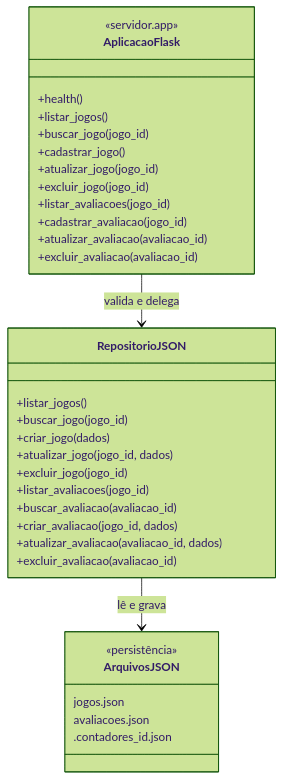
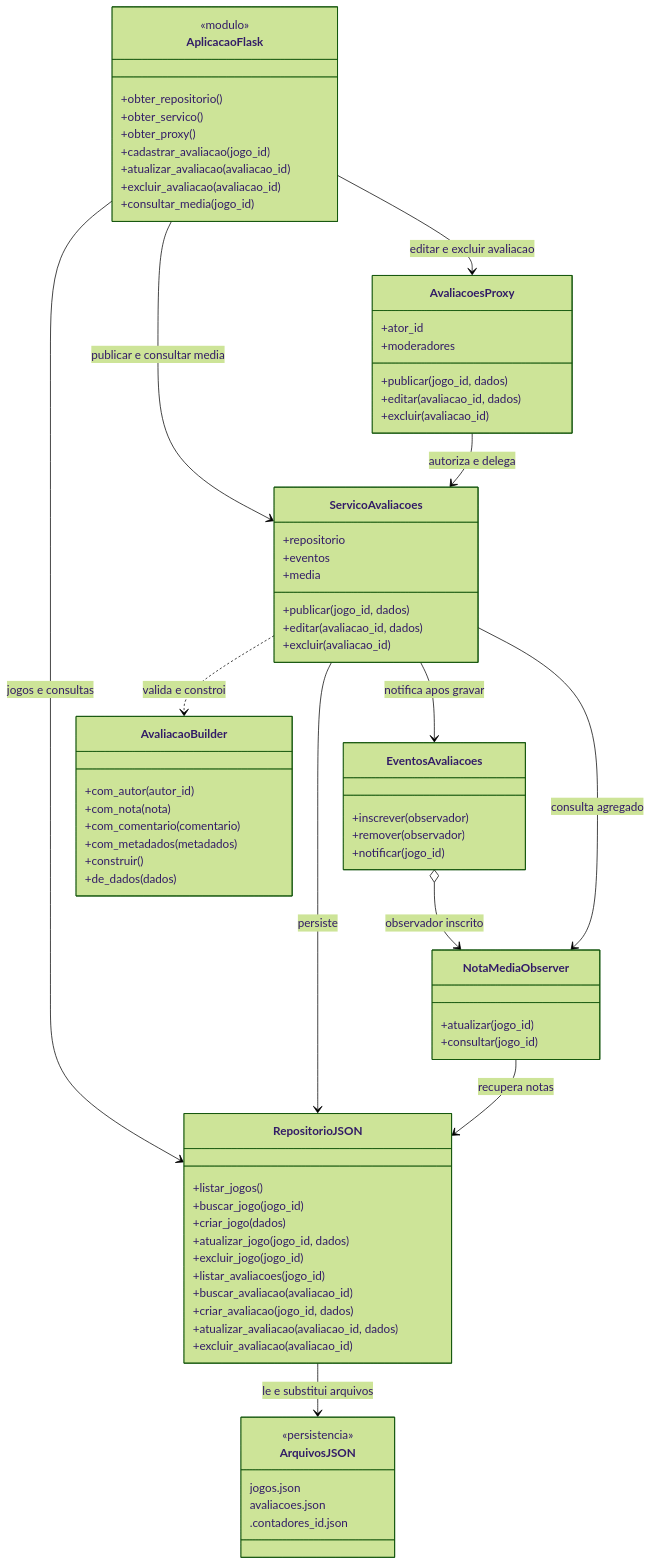
One commit to GaabrielLr415/Gerenciador-de-Avalia-es-de-Jogos changed the first of 2 diagrams in documentacao/arquitetura-e-padroes.md. Above: the diagram before and after it, drawn with Mermaid (forest theme). The commit also changed other lines of this file and 15 other files, not shown here.

````diff
--- a/documentacao/arquitetura-e-padroes.md
+++ b/documentacao/arquitetura-e-padroes.md
@@ -21,36 +28,74 @@
 ```mermaid
 classDiagram
     class AplicacaoFlask {
-        <<servidor.app>>
-        +health()
-        +listar_jogos()
-        +buscar_jogo(jogo_id)
-        +cadastrar_jogo()
-        +atualizar_jogo(jogo_id)
-        +excluir_jogo(jogo_id)
-        +listar_avaliacoes(jogo_id)
+        <<modulo>>
+        +obter_repositorio()
+        +obter_servico()
+        +obter_proxy()
         +cadastrar_avaliacao(jogo_id)
         +atualizar_avaliacao(avaliacao_id)
         +excluir_avaliacao(avaliacao_id)
+        +consultar_media(jogo_id)
+    }
+    class AvaliacaoBuilder {
+        +com_autor(autor_id)
+        +com_nota(nota)
+        +com_comentario(comentario)
+        +com_metadados(metadados)
+        +construir()
+        +de_dados(dados)
+    }
+    class AvaliacoesProxy {
+        +ator_id
+        +moderadores
+        +publicar(jogo_id, dados)
+        +editar(avaliacao_id, dados)
+        +excluir(avaliacao_id)
+    }
+    class ServicoAvaliacoes {
+        +repositorio
+        +eventos
+        +media
+        +publicar(jogo_id, dados)
+        +editar(avaliacao_id, dados)
+        +excluir(avaliacao_id)
+    }
+    class EventosAvaliacoes {
+        +inscrever(observador)
+        +remover(observador)
+        +notificar(jogo_id)
+    }
+    class NotaMediaObserver {
+        +atualizar(jogo_id)
+        +consultar(jogo_id)
     }
     class RepositorioJSON {
         +listar_jogos()
         +buscar_jogo(jogo_id)
         +criar_jogo(dados)
         +atualizar_jogo(jogo_id, dados)
         +excluir_jogo(jogo_id)
         +listar_avaliacoes(jogo_id)
         +buscar_avaliacao(avaliacao_id)
         +criar_avaliacao(jogo_id, dados)
         +atualizar_avaliacao(avaliacao_id, dados)
         +excluir_avaliacao(avaliacao_id)
     }
     class ArquivosJSON {
-        <<persistência>>
+        <<persistencia>>
         jogos.json
         avaliacoes.json
         .contadores_id.json
     }
-    AplicacaoFlask --> RepositorioJSON : valida e delega
-    RepositorioJSON --> ArquivosJSON : lê e grava
+    AplicacaoFlask --> RepositorioJSON : jogos e consultas
+    AplicacaoFlask --> ServicoAvaliacoes : publicar e consultar media
+    AplicacaoFlask --> AvaliacoesProxy : editar e excluir avaliacao
+    AvaliacoesProxy --> ServicoAvaliacoes : autoriza e delega
+    ServicoAvaliacoes ..> AvaliacaoBuilder : valida e constroi
+    ServicoAvaliacoes --> RepositorioJSON : persiste
+    ServicoAvaliacoes --> EventosAvaliacoes : notifica apos gravar
+    ServicoAvaliacoes --> NotaMediaObserver : consulta agregado
+    EventosAvaliacoes o--> NotaMediaObserver : observador inscrito
+    NotaMediaObserver --> RepositorioJSON : recupera notas
+    RepositorioJSON --> ArquivosJSON : le e substitui arquivos
 ```
````
